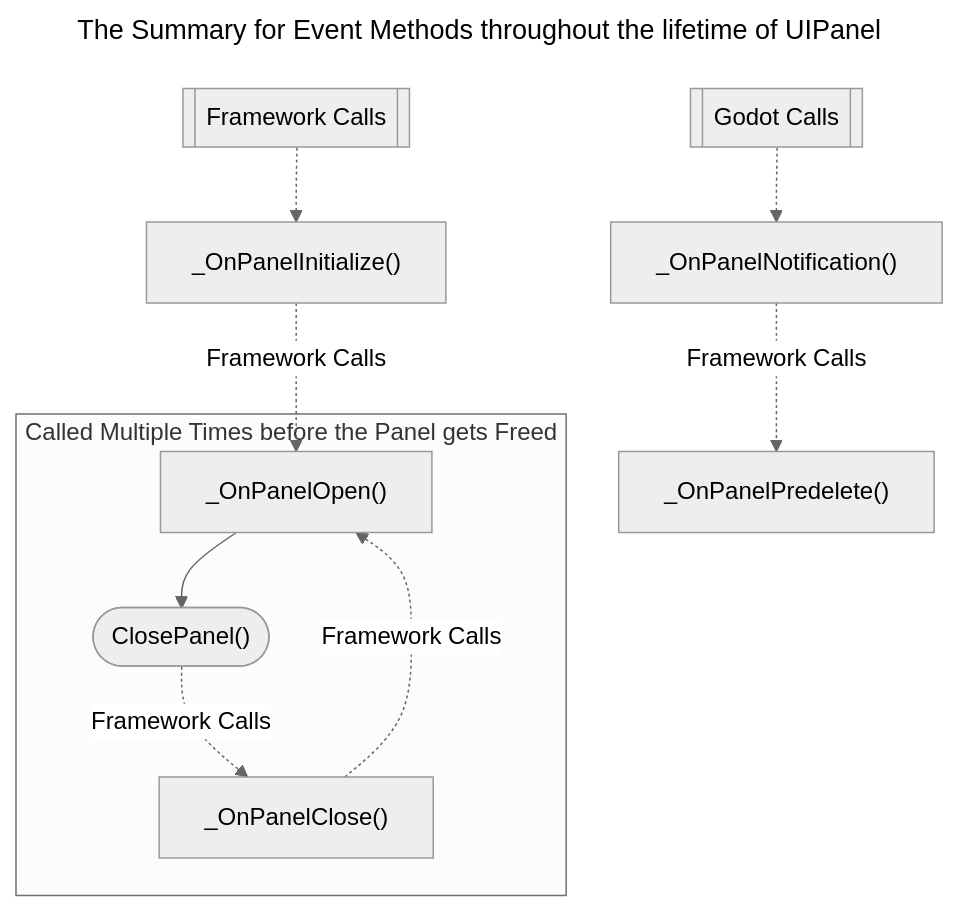
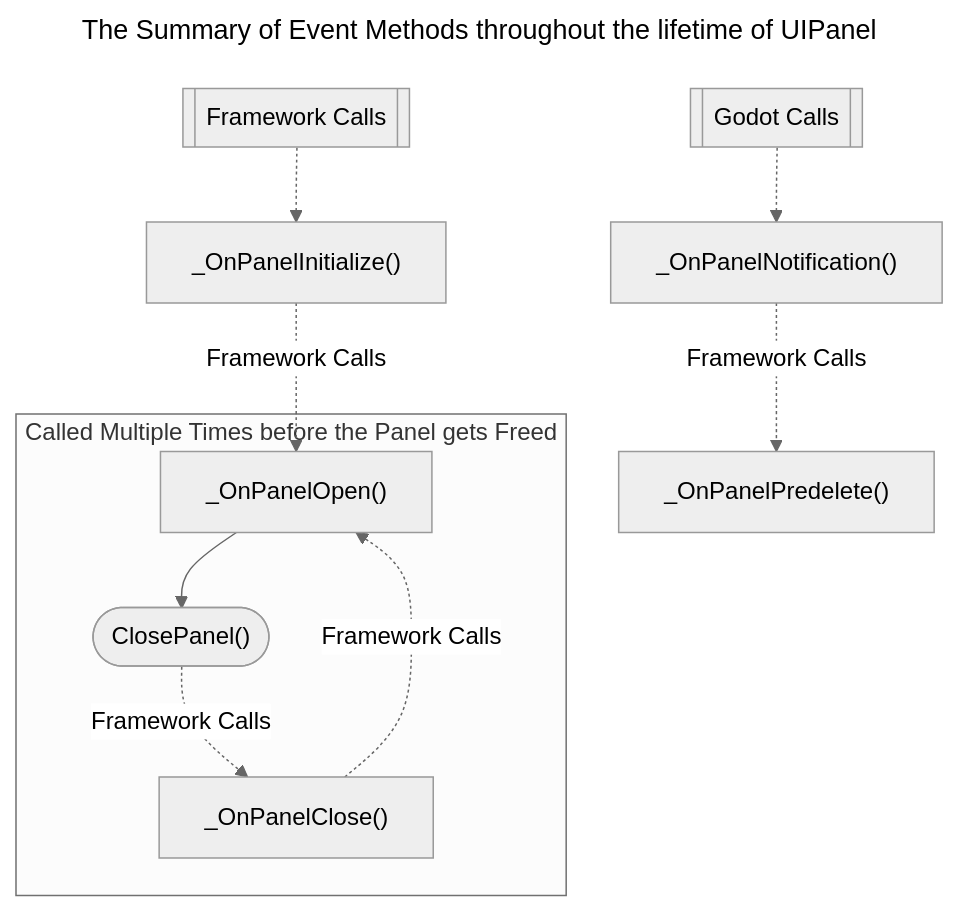
The second of 2 diagrams in README.md (Delsin-Yu/GDPanelFramework), drawn with Mermaid (neutral theme) before and after one commit. The commit also changed other lines of this file, not shown here.

````diff
--- a/README.md
+++ b/README.md
@@ -532,25 +532,25 @@
 ```mermaid
 ---
-title: The Summary for Event Methods throughout the lifetime of UIPanel
+title: The Summary of Event Methods throughout the lifetime of UIPanel
 ---
 flowchart TD
 
 id1["_OnPanelInitialize()"]
 id2["_OnPanelOpen()"]
 id3(["ClosePanel()"])
 id4["_OnPanelClose()"]
 id5["_OnPanelPredelete()"]
 id6["_OnPanelNotification()"]
 
 
 id0[["Framework Calls"]] -.-> id1
 id1 -.->|Framework Calls|id2
 
 subgraph Called Multiple Times before the Panel gets Freed
 id2 --> id3
 id3 -.->|Framework Calls|id4
 id4 -.->|Framework Calls|id2
 end
 id6 -.->|Framework Calls|id5
 id7[["Godot Calls"]] -.-> id6
 ```
````
